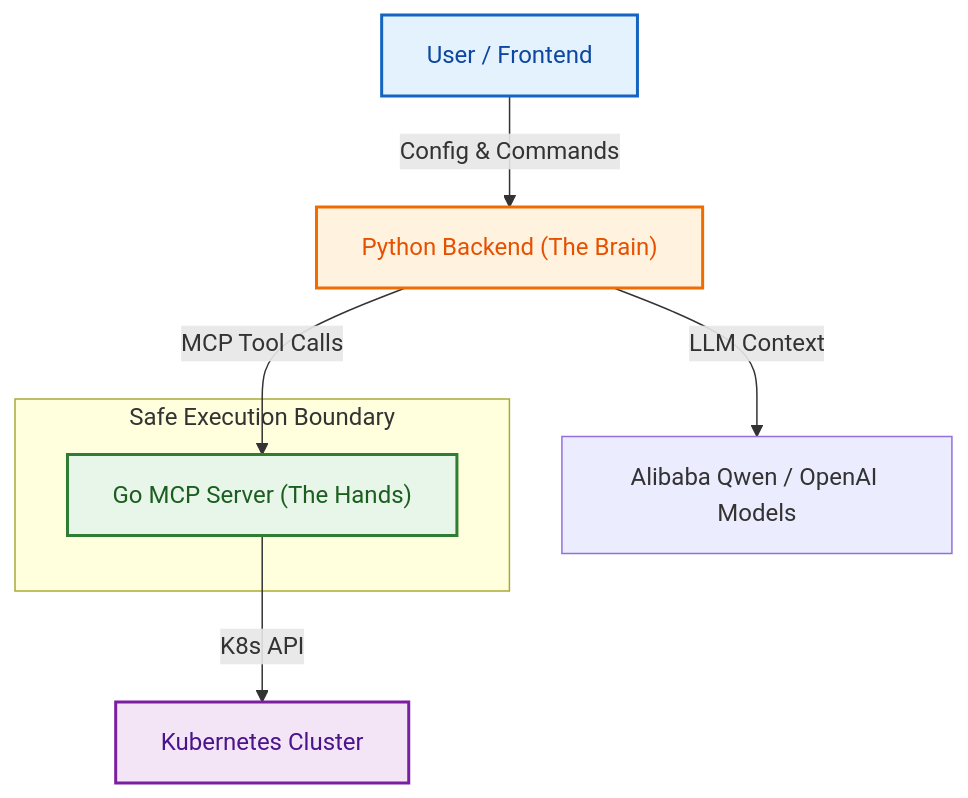
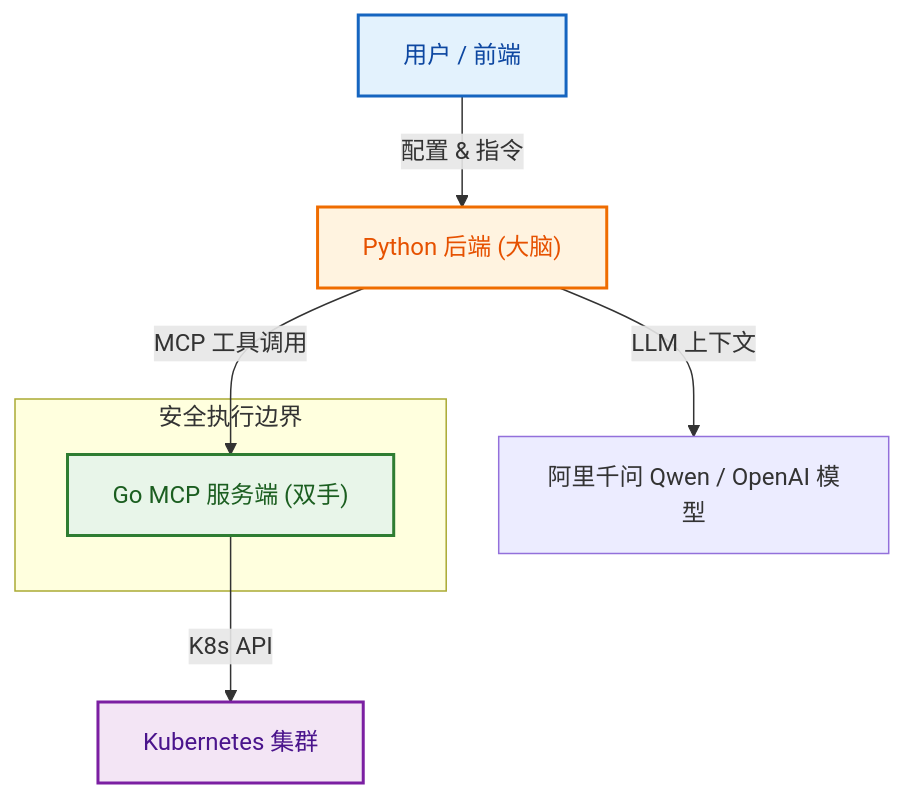
The diagram in README.md (YunMuZhe/Kause), drawn with Mermaid before and after one commit. The commit also changed other lines of this file and 2 other files, not shown here.

````diff
--- a/README.md
+++ b/README.md
@@ -65,16 +65,16 @@
 ```mermaid
 graph TD
-    User["User / Frontend"] -->|Config & Commands| Backend["Python Backend (The Brain)"]
-    Backend -->|LLM Context| Gemini["Alibaba Qwen / OpenAI Models"]
-    Backend -->|MCP Tool Calls| MCP["Go MCP Server (The Hands)"]
-    MCP -->|K8s API| K8s["Kubernetes Cluster"]
+    User["用户 / 前端"] -->|配置 & 指令| Backend["Python 后端 (大脑)"]
+    Backend -->|LLM 上下文| Gemini["阿里千问 Qwen / OpenAI 模型"]
+    Backend -->|MCP 工具调用| MCP["Go MCP 服务端 (双手)"]
+    MCP -->|K8s API| K8s["Kubernetes 集群"]
     
-    subgraph "Safe Execution Boundary"
+    subgraph "安全执行边界"
         MCP
     end
     
     style User fill:#e3f2fd,stroke:#1565c0,stroke-width:2px,color:#0d47a1
     style Backend fill:#fff3e0,stroke:#ef6c00,stroke-width:2px,color:#e65100
     style MCP fill:#e8f5e9,stroke:#2e7d32,stroke-width:2px,color:#1b5e20
     style K8s fill:#f3e5f5,stroke:#7b1fa2,stroke-width:2px,color:#4a148c
 ```
````
